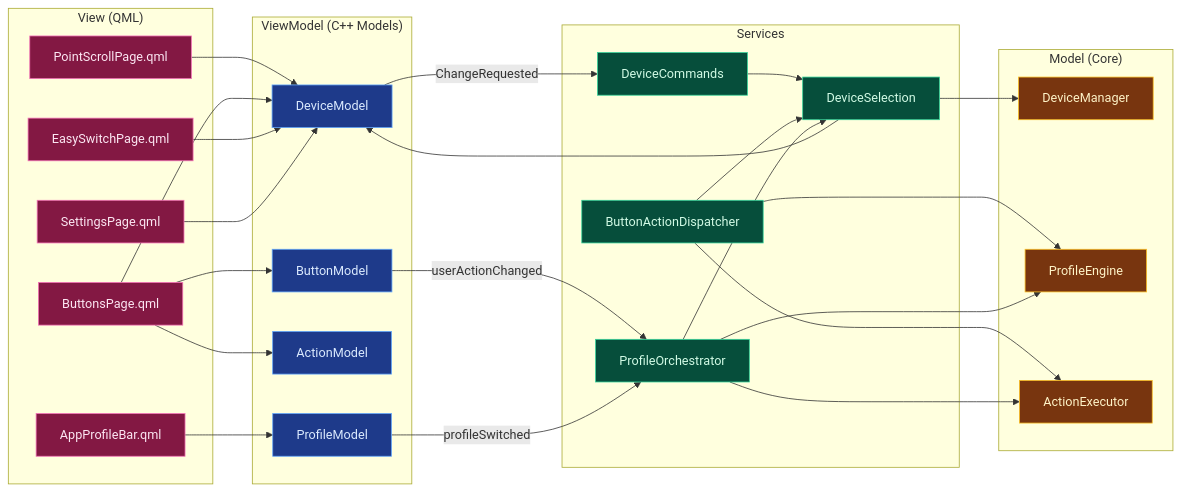
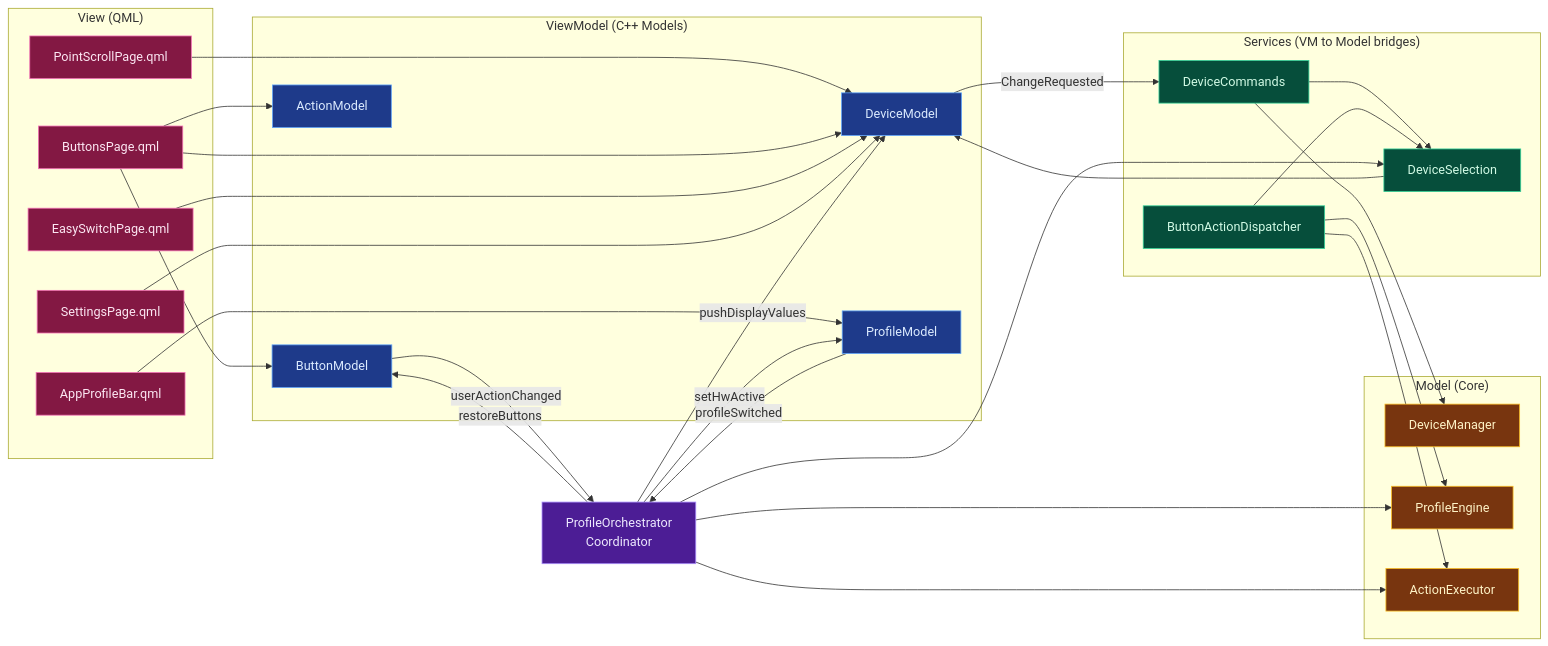
The seventh of 15 diagrams in docs/wiki/Architecture.md (mmaher88/logitune), drawn with Mermaid before and after one commit. The commit also changed other lines of this file, not shown here.

Commit message:
docs(wiki): separate ProfileOrchestrator as a coordinator layer in MVVM diagram
The four services don't all sit in the same MVVM stratum. DeviceSelection,
DeviceCommands, and ButtonActionDispatcher are VM-to-Model bridges.
ProfileOrchestrator is a coordinator that spans the whole stack, reading
and writing both ViewModels and the Model. The diagram now shows it as
its own layer with a distinct color (purple), and labels the cross-layer
arrows (pushDisplayValues, restoreButtons, setHwActive).

A short prose note above the diagram explains the split.

Part of #107.

````diff
--- a/docs/wiki/Architecture.md
+++ b/docs/wiki/Architecture.md
@@ -355,61 +357,69 @@
 ```mermaid
 graph LR
     subgraph "View (QML)"
         PointScroll[PointScrollPage.qml]
         Buttons[ButtonsPage.qml]
         EasySwitch[EasySwitchPage.qml]
         Settings[SettingsPage.qml]
         ProfileBar[AppProfileBar.qml]
     end
 
     subgraph "ViewModel (C++ Models)"
         DM[DeviceModel]
         BM[ButtonModel]
         AM[ActionModel]
         PM[ProfileModel]
     end
 
-    subgraph "Services"
+    subgraph "Services (VM to Model bridges)"
         DSel[DeviceSelection]
         DCmd[DeviceCommands]
         BAD[ButtonActionDispatcher]
-        PO[ProfileOrchestrator]
     end
+
+    PO[ProfileOrchestrator<br/>Coordinator]
 
     subgraph "Model (Core)"
         DMgr[DeviceManager]
         PE[ProfileEngine]
         AE[ActionExecutor]
     end
 
     PointScroll --> DM
     Buttons --> BM
     Buttons --> AM
     Buttons --> DM
     EasySwitch --> DM
     Settings --> DM
     ProfileBar --> PM
 
     DM -->|ChangeRequested| DCmd
     BM -->|userActionChanged| PO
     PM -->|profileSwitched| PO
+
     DSel --> DM
-    DSel --> DMgr
     DCmd --> DSel
+    DCmd --> DMgr
     BAD --> DSel
     BAD --> PE
     BAD --> AE
+
     PO --> DSel
     PO --> PE
     PO --> AE
+    PO -->|pushDisplayValues| DM
+    PO -->|restoreButtons| BM
+    PO -->|setHwActive| PM
 
     classDef view fill:#831843,stroke:#f472b6,color:#fce7f3
     classDef vm fill:#1e3a8a,stroke:#60a5fa,color:#dbeafe
     classDef service fill:#064e3b,stroke:#34d399,color:#d1fae5
+    classDef coord fill:#4c1d95,stroke:#a78bfa,color:#ede9fe
     classDef core fill:#78350f,stroke:#fbbf24,color:#fef3c7
 
     class PointScroll,Buttons,EasySwitch,Settings,ProfileBar view
     class DM,BM,AM,PM vm
-    class DSel,DCmd,BAD,PO service
+    class DSel,DCmd,BAD service
+    class PO coord
     class DMgr,PE,AE core
 ```
````
